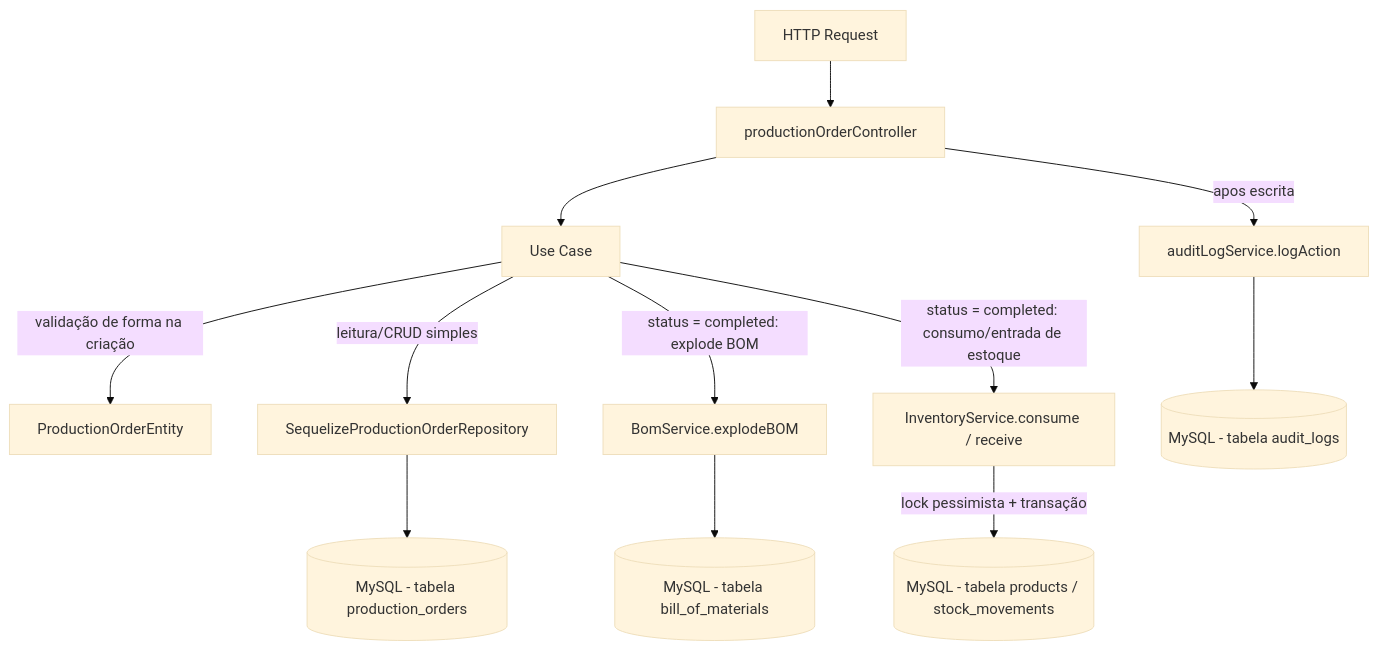
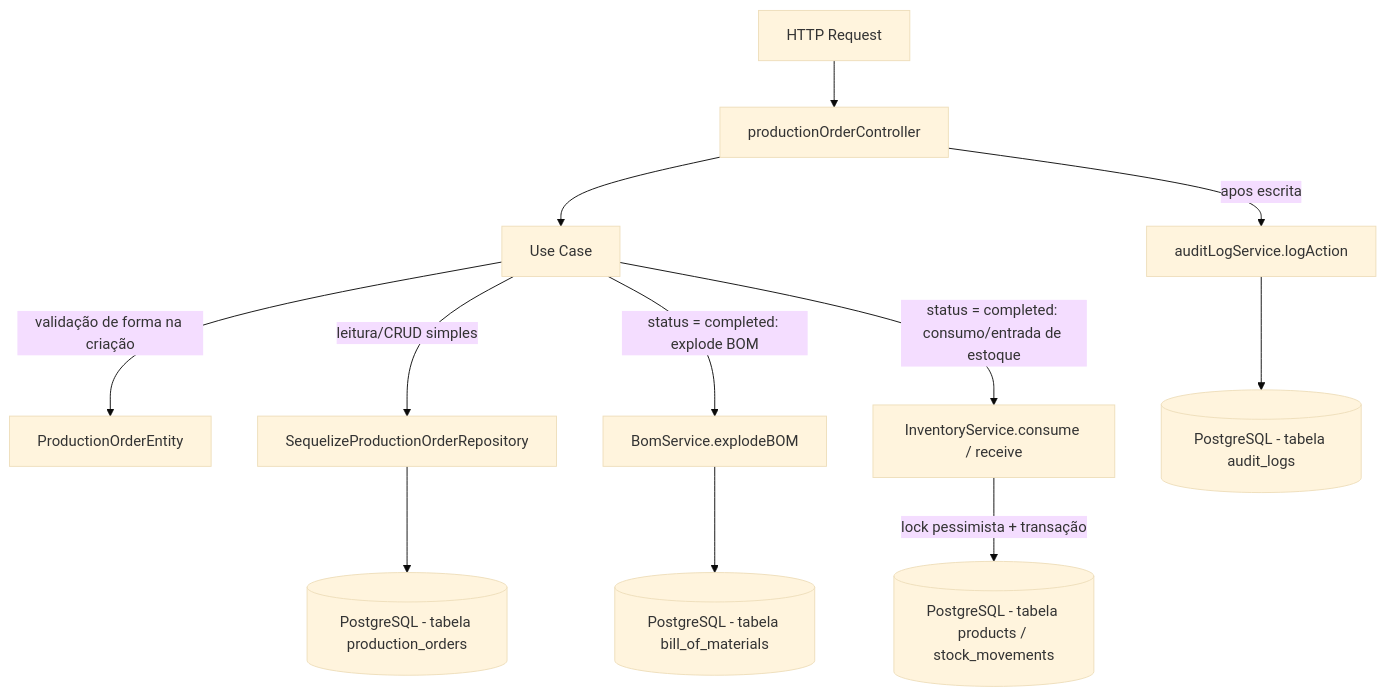
One commit to RomulosouzaEvok/ERP-EVOK-AUDIO-LTDA changed the first of 2 diagrams in server/src/modules/production/README.md. Above: the diagram before and after it, drawn with Mermaid (base theme). The commit also changed other lines of this file and 452 other files, not shown here.

Commit message:
chore: consolidate TypeScript backend and Blackbox roadmap

````diff
--- a/server/src/modules/production/README.md
+++ b/server/src/modules/production/README.md
@@ -196,14 +196,14 @@
 ```mermaid
 flowchart TD
   A[HTTP Request] --> B[productionOrderController]
   B --> C[Use Case]
   C -->|validação de forma na criação| D[ProductionOrderEntity]
   C -->|leitura/CRUD simples| E[SequelizeProductionOrderRepository]
   C -->|status = completed: explode BOM| F[BomService.explodeBOM]
   C -->|status = completed: consumo/entrada de estoque| G[InventoryService.consume / receive]
-  G -->|lock pessimista + transação| H[(MySQL - tabela products / stock_movements)]
-  E --> I[(MySQL - tabela production_orders)]
-  F --> J[(MySQL - tabela bill_of_materials)]
+  G -->|lock pessimista + transação| H[(PostgreSQL - tabela products / stock_movements)]
+  E --> I[(PostgreSQL - tabela production_orders)]
+  F --> J[(PostgreSQL - tabela bill_of_materials)]
   B -->|apos escrita| K[auditLogService.logAction]
-  K --> L[(MySQL - tabela audit_logs)]
+  K --> L[(PostgreSQL - tabela audit_logs)]
 ```
````
